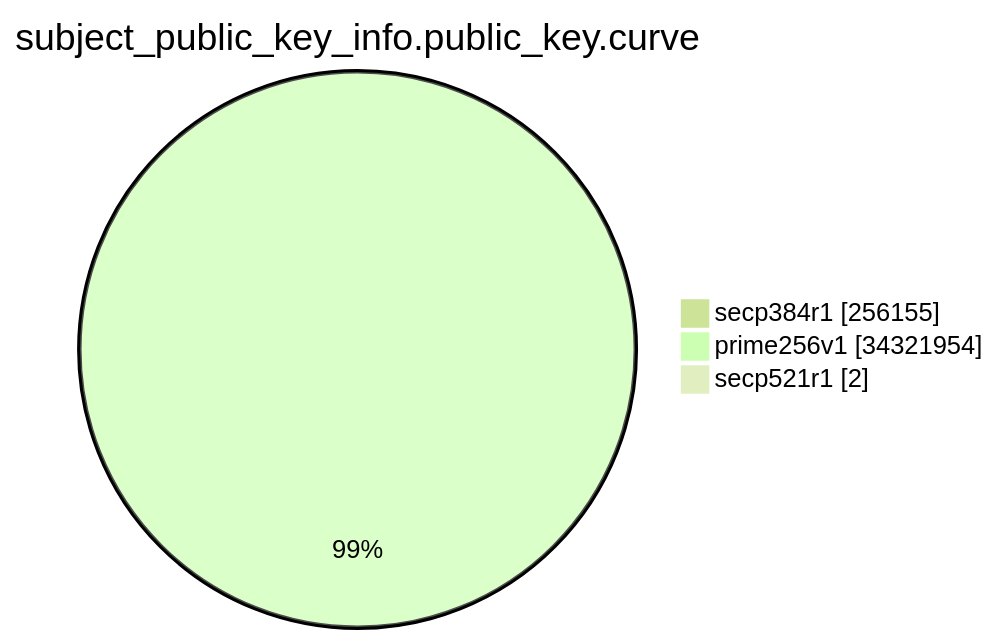
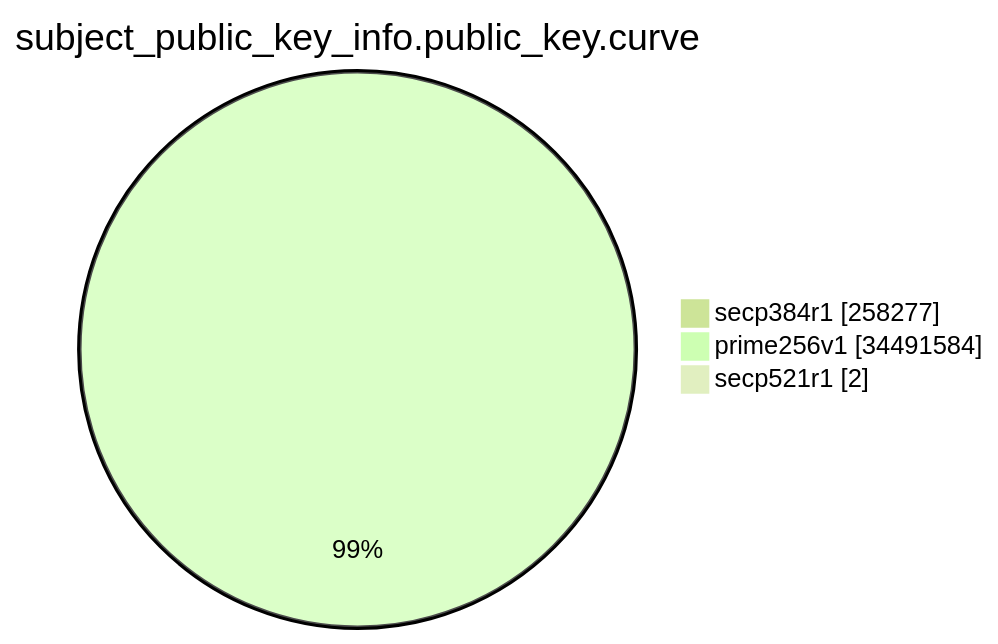
The eighth of 15 diagrams in argon2023/README.md (christiankrug/ctmonitor_visualization), drawn with Mermaid (forest theme) before and after one commit. The commit also changed other lines of this file, not shown here.

````diff
--- a/argon2023/README.md
+++ b/argon2023/README.md
@@ -2142,7 +2145,7 @@
 ```mermaid
 pie showData
 title subject_public_key_info.public_key.curve
-"secp384r1" :256155
-"prime256v1" :34321954
+"secp384r1" :258277
+"prime256v1" :34491584
 "secp521r1" :2
 ```
````
